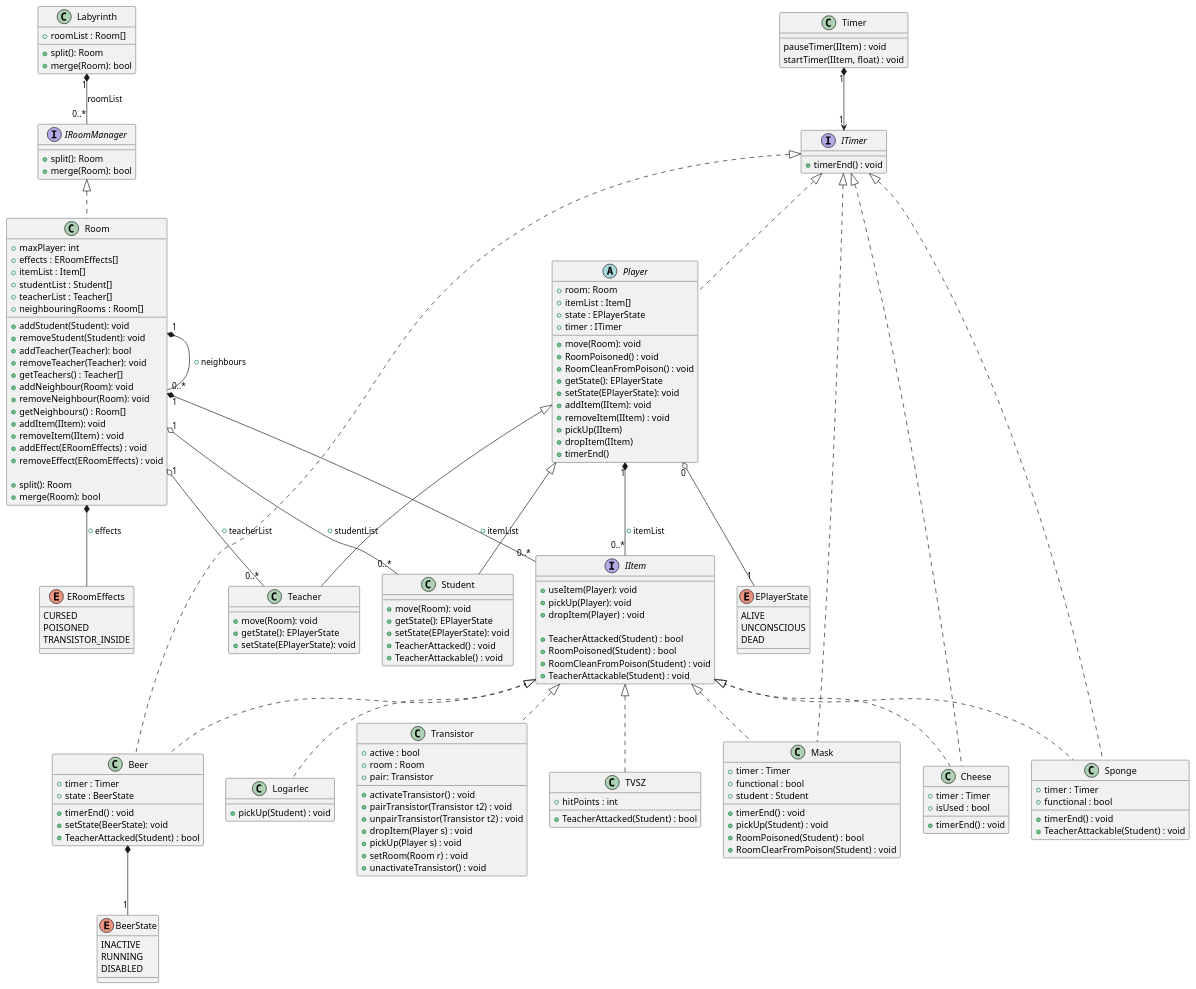
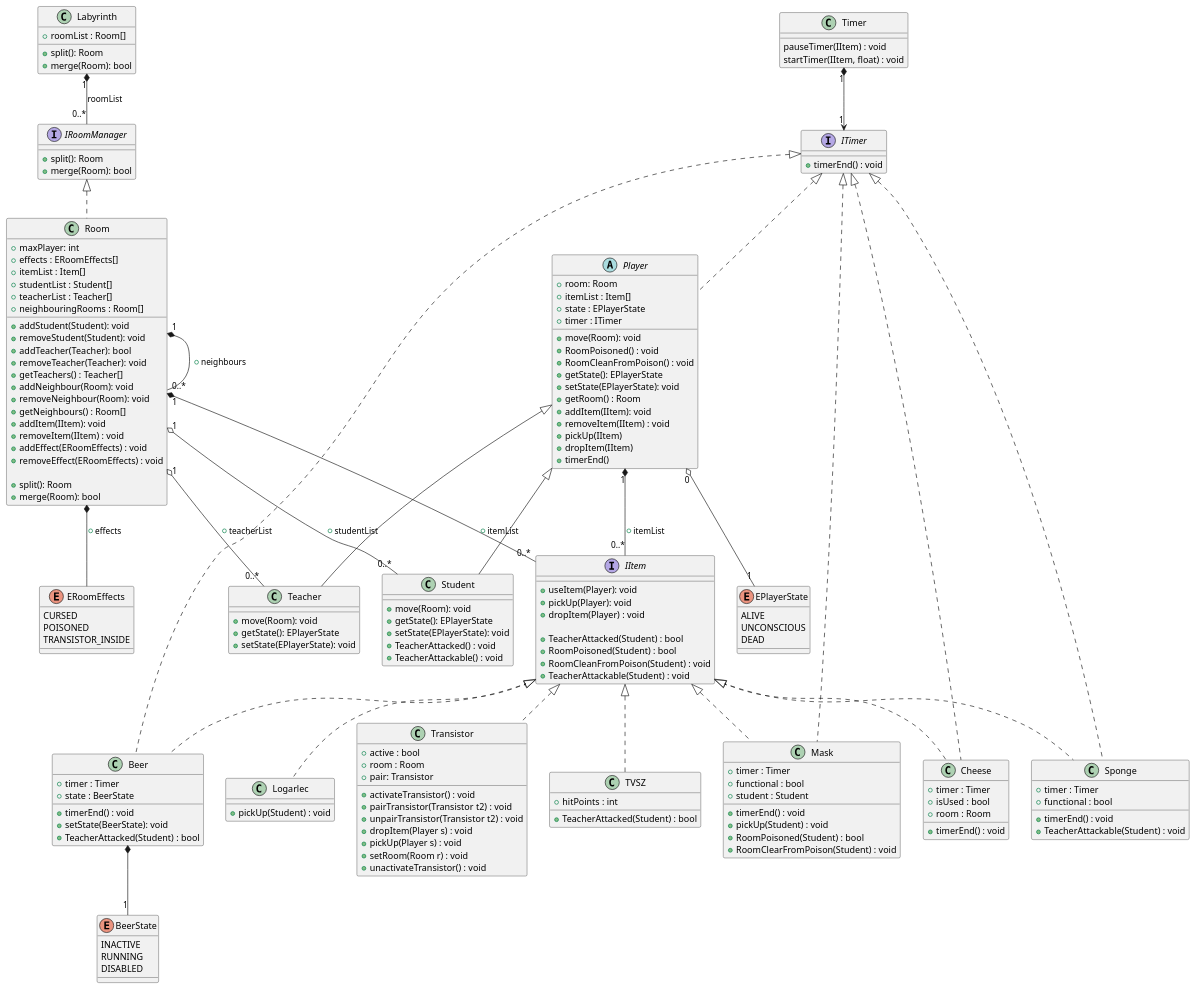
One commit to MBakter/echo changed the diagram in docs/Class_UML.plantuml. Above: the diagram before and after it, drawn with PlantUML. The commit also changed 3 other files, not shown here.

```diff
--- a/docs/Class_UML.plantuml
+++ b/docs/Class_UML.plantuml
@@ -1,193 +1,195 @@
 @startuml UML
 
 class Labyrinth {
     +roomList : Room[]
 
     + split(): Room
     + merge(Room): bool
 }
 
 Labyrinth "1" *-- "0..*" IRoomManager: roomList
 
 interface IRoomManager {
     + split(): Room
     + merge(Room): bool
 }
 
 /' Removed implementing IItemHolder '/
 class Room implements IRoomManager {
     + maxPlayer: int
     + effects : ERoomEffects[]
     + itemList : Item[]
     + studentList : Student[]
     + teacherList : Teacher[]
     + neighbouringRooms : Room[]
 
     + addStudent(Student): void
     + removeStudent(Student): void
     + addTeacher(Teacher): bool
     + removeTeacher(Teacher): void
     + getTeachers() : Teacher[]
     + addNeighbour(Room): void
     + removeNeighbour(Room): void
     + getNeighbours() : Room[]
     + addItem(IItem): void
     + removeItem(IItem) : void
     + addEffect(ERoomEffects) : void
     + removeEffect(ERoomEffects) : void
 
     + split(): Room
     + merge(Room): bool
 }
 
 Room "1" o-- "0..*" Student: + studentList
 Room "1" o-- "0..*" Teacher: + teacherList
 Room "1" *-- "0..*" Room: + neighbours
 Room "1" *-- "0..*" IItem: + itemList
 Room *-- ERoomEffects: + effects
 
 
 enum EPlayerState {
     ALIVE
     UNCONSCIOUS
     DEAD
 }
 
 /' Removed implementing IItemHolder '/
 abstract class Player implements ITimer{
     + room: Room
     + itemList : Item[]
     + state : EPlayerState
     + timer : ITimer
 
     + move(Room): void
     + RoomPoisoned() : void
     + RoomCleanFromPoison() : void
     + getState(): EPlayerState
     + setState(EPlayerState): void
+    + getRoom() : Room
     + addItem(IItem): void
     + removeItem(IItem) : void
     + pickUp(IItem)
     + dropItem(IItem)
     + timerEnd()
 }
 
 Player "0" o-- "1" EPlayerState
 Player "1" *-- "0..*" IItem: + itemList
 
 interface IItem {
     + useItem(Player): void
     + pickUp(Player): void
     + dropItem(Player) : void
 
     + TeacherAttacked(Student) : bool
     + RoomPoisoned(Student) : bool
     + RoomCleanFromPoison(Student) : void
     + TeacherAttackable(Student) : void
 }
 
 class Teacher extends Player{
     + move(Room): void
     + getState(): EPlayerState
     + setState(EPlayerState): void
 }
 
 class Student extends Player{
     + move(Room): void
     + getState(): EPlayerState
     + setState(EPlayerState): void
     + TeacherAttacked() : void
     + TeacherAttackable() : void
 }
 
 /' interface IItemHolder {
     + addItemy(Item: Item): void
     + removeItem(Item: Item): void
 } '/
 
 enum ERoomEffects {
     CURSED
     POISONED
     TRANSISTOR_INSIDE
 }
 
 interface ITimer {
     + timerEnd() : void
 }
 
 class TVSZ implements IItem {
     + hitPoints : int
 
     + TeacherAttacked(Student) : bool
 }
 
 class Transistor implements IItem  {
     + active : bool
     + room : Room
     + pair: Transistor
 
     + activateTransistor() : void
     + pairTransistor(Transistor t2) : void
     + unpairTransistor(Transistor t2) : void
     + dropItem(Player s) : void
     + pickUp(Player s) : void
     + setRoom(Room r) : void
     + unactivateTransistor() : void
 }
 
 enum BeerState {
     INACTIVE
     RUNNING
     DISABLED
 }
 
 class Beer implements IItem, ITimer {
     + timer : Timer
     + state : BeerState
     
     + timerEnd() : void
     + setState(BeerState): void
     + TeacherAttacked(Student) : bool
     /'+ activateBeer() : void '/
 }
 Beer *-- "1" BeerState
 
 class Mask implements IItem, ITimer  {
     + timer : Timer
     + functional : bool
     + student : Student
 
     + timerEnd() : void
     + pickUp(Student) : void
     + RoomPoisoned(Student) : bool
     + RoomClearFromPoison(Student) : void
 
 }
 
 class Sponge  implements IItem, ITimer {
     + timer : Timer
     + functional : bool
 
     + timerEnd() : void
     + TeacherAttackable(Student) : void
 }
 
 class Cheese  implements IItem, ITimer {
     + timer : Timer
     + isUsed : bool
-
+    + room : Room
+    
     + timerEnd() : void
 }
 
 class Logarlec  implements IItem  {
     + pickUp(Student) : void
 }
 
 class Timer {
     pauseTimer(IItem) : void
     startTimer(IItem, float) : void
 }
 Timer "1"*--> "1" ITimer
 
 
 @enduml
```
